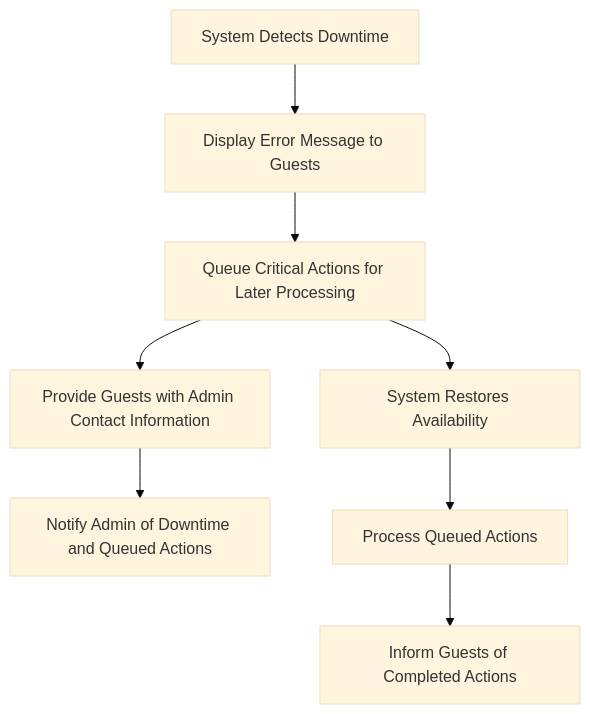
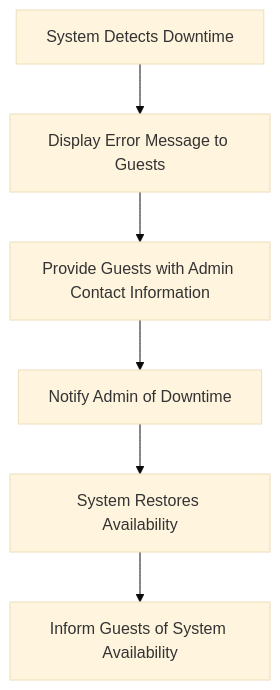
One commit to and1teachera/wedding-site changed diagram 17 of 42 in docs/use_cases.md. Above: the diagram before and after it, drawn with Mermaid (base theme). The commit also changed other lines of this file and 3 other files, not shown here.

````diff
--- a/docs/use_cases.md
+++ b/docs/use_cases.md
@@ -694,10 +671,8 @@
 ``` mermaid
 flowchart TD
     A[System Detects Downtime] --> B[Display Error Message to Guests]
-    B --> C[Queue Critical Actions for Later Processing]
-    C --> D[Provide Guests with Admin Contact Information]
-    D --> E[Notify Admin of Downtime and Queued Actions]
-    C --> F[System Restores Availability]
-    F --> G[Process Queued Actions]
-    G --> H[Inform Guests of Completed Actions]
+    B --> C[Provide Guests with Admin Contact Information]
+    C --> D[Notify Admin of Downtime]
+    D --> E[System Restores Availability]
+    E --> F[Inform Guests of System Availability]
 ```
````
